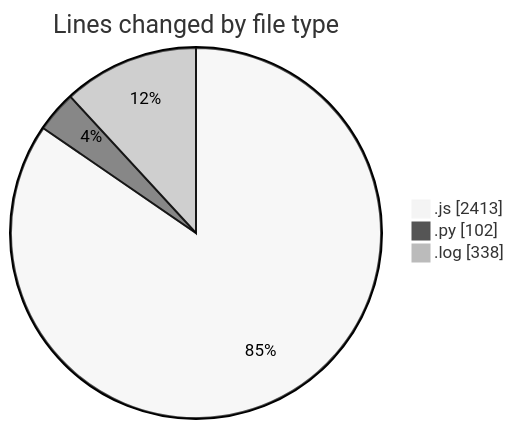
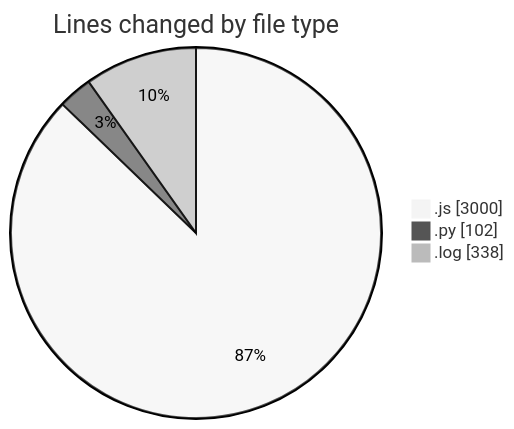
One commit to nxtqubesakshisongat/code-tracking changed the first of 2 diagrams in 2025-04-16/nxtqube_webapp/README.md. Above: the diagram before and after it, drawn with Mermaid (neutral theme). The commit also changed other lines of this file and 1 other file, not shown here.

````diff
--- a/2025-04-16/nxtqube_webapp/README.md
+++ b/2025-04-16/nxtqube_webapp/README.md
@@ -23,7 +23,7 @@
 ```mermaid
 pie showData
 title Lines changed by file type
-".js" : 2413
+".js" : 3000
 ".py" : 102
 ".log" : 338
 ```
````
